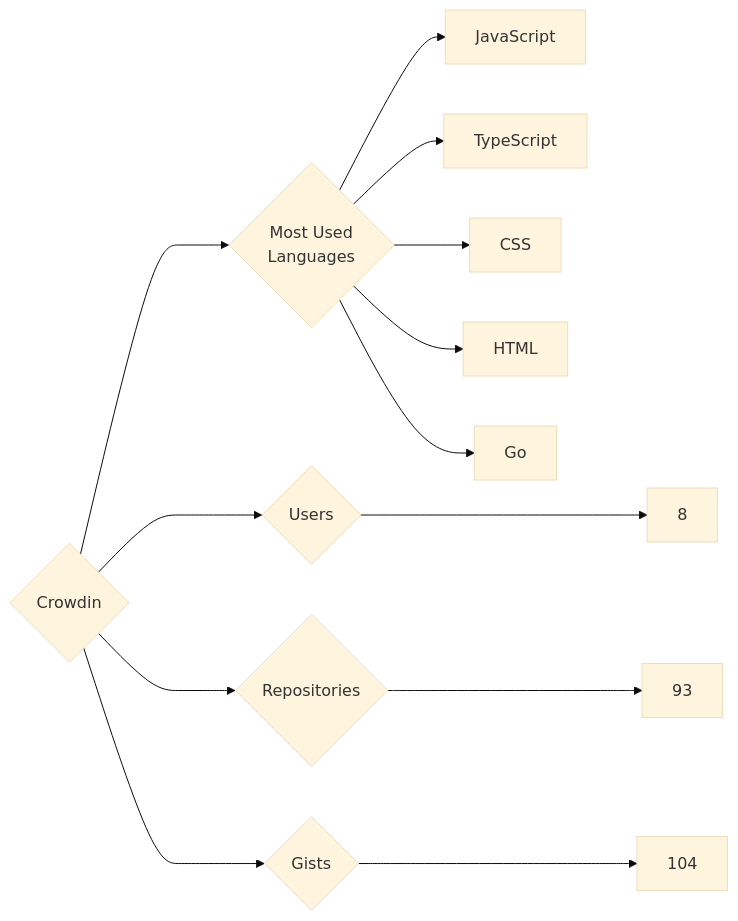
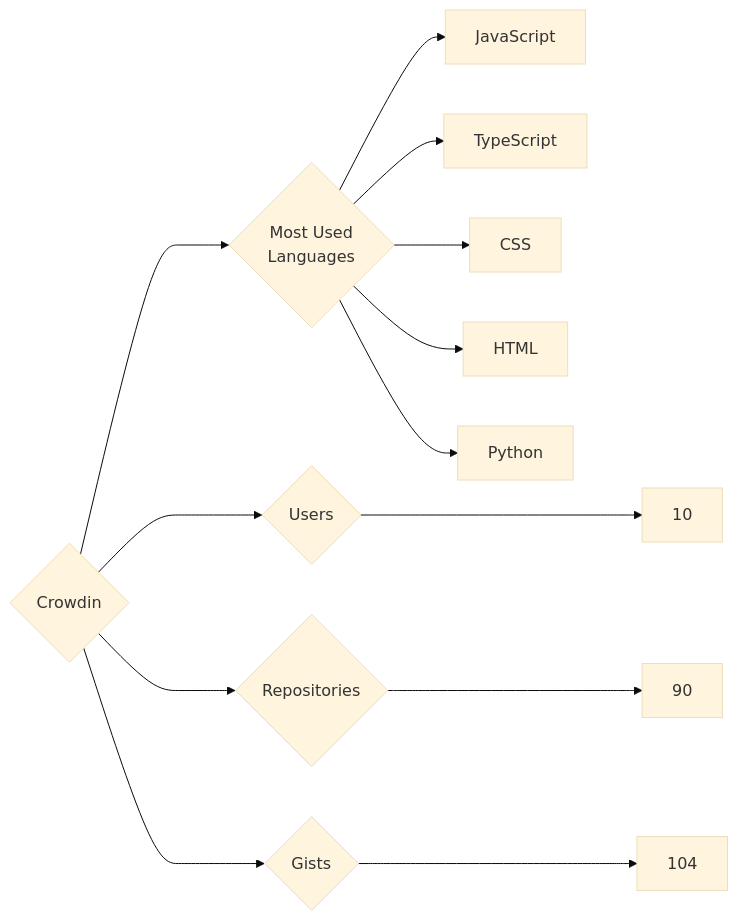
One commit to trickest/insiders changed the diagram in targets/Crowdin/README.md. Above: the diagram before and after it, drawn with Mermaid (base theme). The commit also changed 860 other files, not shown here.

````diff
--- a/targets/Crowdin/README.md
+++ b/targets/Crowdin/README.md
@@ -3,13 +3,13 @@
 ```mermaid
 graph LR
 COMPANY_NAME{Crowdin}
-COMPANY_NAME ---> U{Users} ---> UN[8]
-COMPANY_NAME ---> R{Repositories} ---> RN[93]
+COMPANY_NAME ---> U{Users} ---> UN[10]
+COMPANY_NAME ---> R{Repositories} ---> RN[90]
 COMPANY_NAME ---> G{Gists} ---> GN[104]
 COMPANY_NAME ---> ML{Most Used<br>Languages}
 ML --> JavaScript[JavaScript]
 ML --> TypeScript[TypeScript]
 ML --> CSS[CSS]
 ML --> HTML[HTML]
-ML --> Go[Go]
+ML --> Python[Python]
 ```
````
